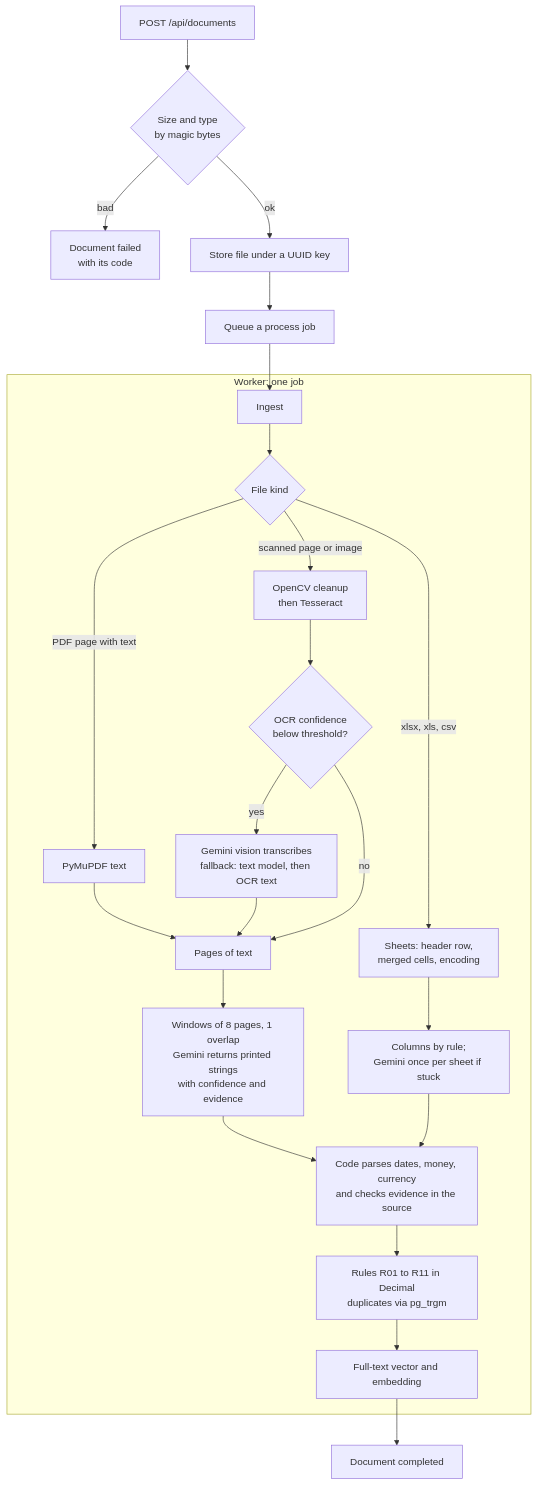
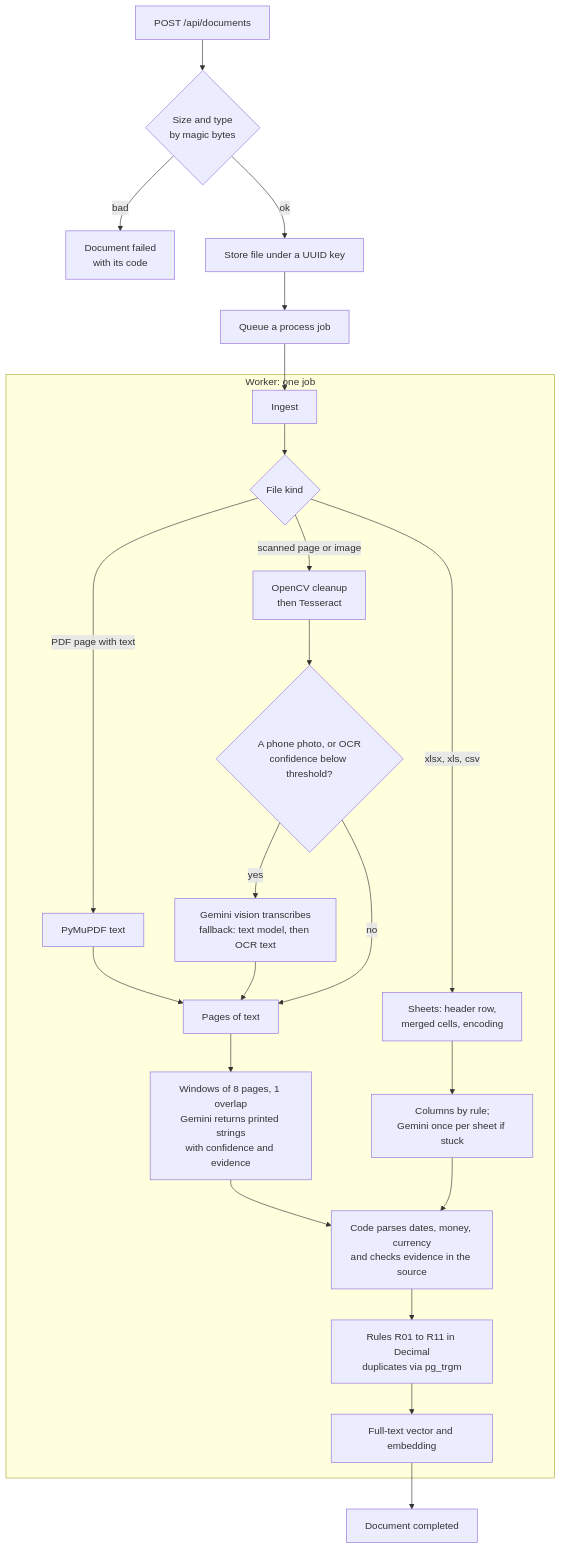
The second of 2 diagrams in docs/ARCHITECTURE.md (Sowan3k/AI-Powered-Document-Intelligence-System), drawn with Mermaid before and after one commit. The commit also changed 5 other files, not shown here.

````diff
--- a/docs/ARCHITECTURE.md
+++ b/docs/ARCHITECTURE.md
@@ -46,26 +46,26 @@
 ```mermaid
 flowchart TD
     up[POST /api/documents] --> check{Size and type<br/>by magic bytes}
     check -- bad --> rejected[Document failed<br/>with its code]
     check -- ok --> store[Store file under a UUID key] --> job[Queue a process job]
     job --> ingest
 
     subgraph worker[Worker: one job]
         ingest[Ingest] --> kind{File kind}
         kind -- PDF page with text --> digital[PyMuPDF text]
         kind -- scanned page or image --> ocr[OpenCV cleanup<br/>then Tesseract]
         kind -- xlsx, xls, csv --> sheets[Sheets: header row,<br/>merged cells, encoding]
-        ocr --> weak{OCR confidence<br/>below threshold?}
+        ocr --> weak{A phone photo, or OCR<br/>confidence below threshold?}
         weak -- yes --> vision[Gemini vision transcribes<br/>fallback: text model, then OCR text]
         weak -- no --> pages
         digital --> pages[Pages of text]
         vision --> pages
         pages --> windows[Windows of 8 pages, 1 overlap<br/>Gemini returns printed strings<br/>with confidence and evidence]
         sheets --> mapping[Columns by rule;<br/>Gemini once per sheet if stuck]
         windows --> build[Code parses dates, money, currency<br/>and checks evidence in the source]
         mapping --> build
         build --> validate[Rules R01 to R11 in Decimal<br/>duplicates via pg_trgm]
         validate --> index[Full-text vector and embedding]
     end
     index --> done[Document completed]
 ```
````
